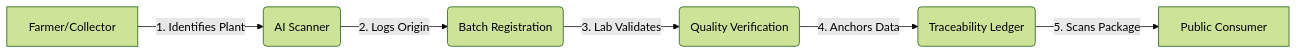
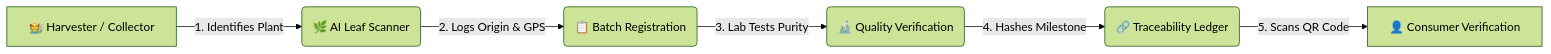
Before and after one commit to varunurugonda253-aiml/Farm2Ayur: the diagram in docs/PRD.md, drawn with Mermaid (forest theme). The commit also changed other lines of this file, not shown here.

````diff
--- a/docs/PRD.md
+++ b/docs/PRD.md
@@ -54,8 +85,8 @@
 ```mermaid
 flowchart LR
-    A[Farmer/Collector] -->|1. Identifies Plant| B(AI Scanner)
-    B -->|2. Logs Origin| C(Batch Registration)
-    C -->|3. Lab Validates| D(Quality Verification)
-    D -->|4. Anchors Data| E(Traceability Ledger)
-    E -->|5. Scans Package| F[Public Consumer]
+    A[🧑‍🌾 Harvester / Collector] -->|1. Identifies Plant| B(🌿 AI Leaf Scanner)
+    B -->|2. Logs Origin & GPS| C(📋 Batch Registration)
+    C -->|3. Lab Tests Purity| D(🔬 Quality Verification)
+    D -->|4. Hashes Milestone| E(🔗 Traceability Ledger)
+    E -->|5. Scans QR Code| F[👤 Consumer Verification]
 ```
````
